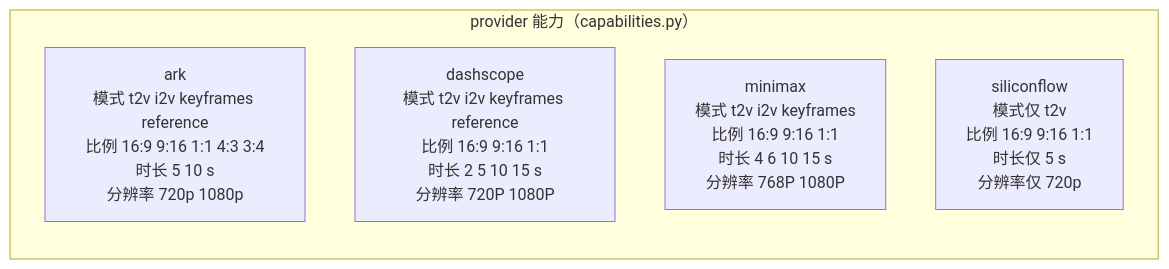
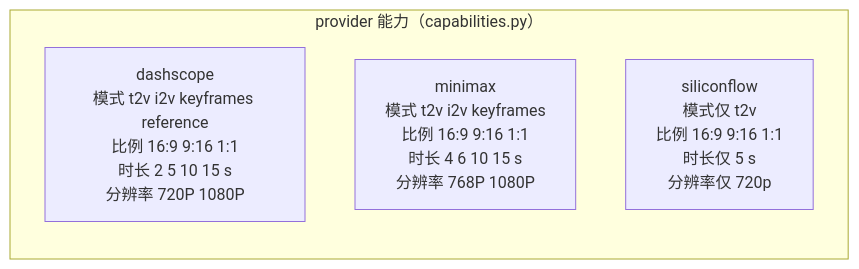
Before and after one commit to Bamzzo/VisionCraft: the seventh of 22 diagrams in docs/visioncraft-diagrams.md, drawn with Mermaid. The commit also changed other lines of this file and 3 other files, not shown here.

First line of the commit message:
docs: 落档 P5-B-1/B-2、ark 线收敛、终测基线与图集

````diff
--- a/docs/visioncraft-diagrams.md
+++ b/docs/visioncraft-diagrams.md
@@ -244,10 +250,9 @@
 ```mermaid
 flowchart LR
   subgraph CAP["provider 能力（capabilities.py）"]
     direction TB
-    C1["ark<br/>模式 t2v i2v keyframes reference<br/>比例 16:9 9:16 1:1 4:3 3:4<br/>时长 5 10 s<br/>分辨率 720p 1080p"]
     C2["dashscope<br/>模式 t2v i2v keyframes reference<br/>比例 16:9 9:16 1:1<br/>时长 2 5 10 15 s<br/>分辨率 720P 1080P"]
     C3["minimax<br/>模式 t2v i2v keyframes<br/>比例 16:9 9:16 1:1<br/>时长 4 6 10 15 s<br/>分辨率 768P 1080P"]
     C4["siliconflow<br/>模式仅 t2v<br/>比例 16:9 9:16 1:1<br/>时长仅 5 s<br/>分辨率仅 720p"]
   end
 ```
````
